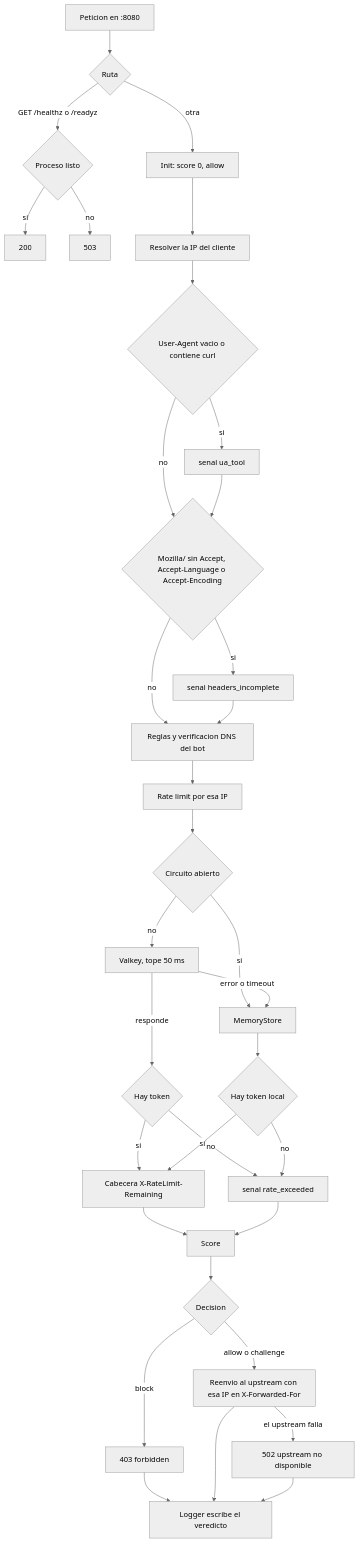
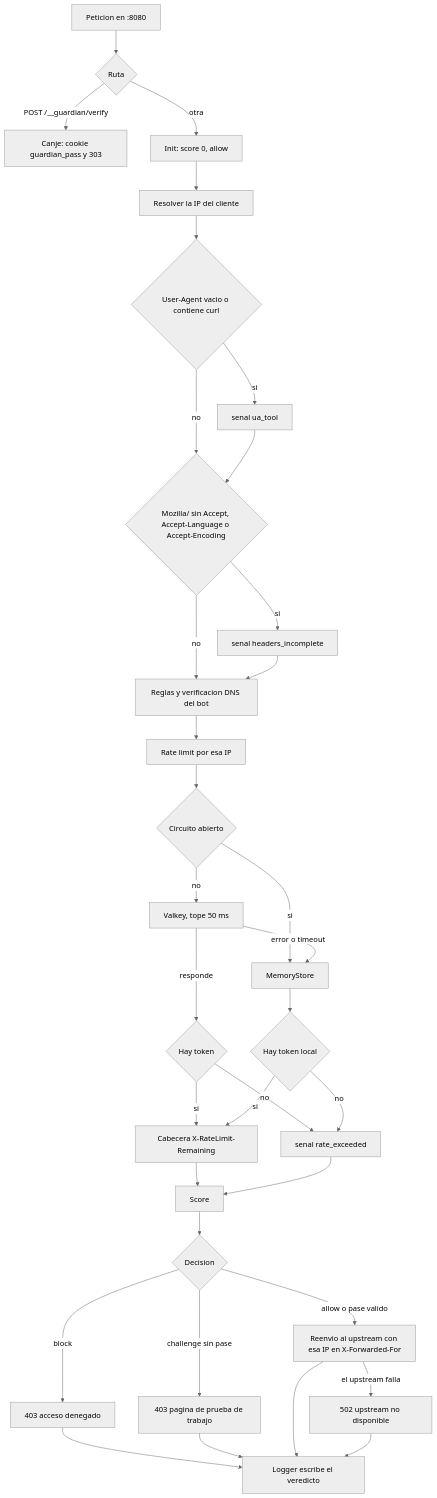
The sixth of 7 diagrams in README.md (fharias/guardian-scrapy), drawn with Mermaid (neutral theme) before and after one commit. The commit also changed other lines of this file and 1 other file, not shown here.

First line of the commit message:
Update README and main.go to enhance proxy functionality and challenge-response mechanism

````diff
--- a/README.md
+++ b/README.md
@@ -157,39 +166,38 @@
 ```mermaid
 flowchart TD
   inicio[Peticion en :8080] --> ruta{Ruta}
-  ruta -->|GET /healthz o /readyz| listo{Proceso listo}
-  listo -->|si| r200[200]
-  listo -->|no| r503[503]
-
+  ruta -->|POST /__guardian/verify| canje["Canje: cookie guardian_pass y 303"]
   ruta -->|otra| init["Init: score 0, allow"]
   init --> ipres[Resolver la IP del cliente]
   ipres --> ua{User-Agent vacio o contiene curl}
   ua -->|si| tool[senal ua_tool]
   ua -->|no| fp
   tool --> fp{Mozilla/ sin Accept, Accept-Language o Accept-Encoding}
   fp -->|si| incompletas[senal headers_incomplete]
   fp -->|no| rules
   incompletas --> rules[Reglas y verificacion DNS del bot]
   rules --> limite[Rate limit por esa IP]
 
   limite --> circuito{Circuito abierto}
   circuito -->|si| local[MemoryStore]
   circuito -->|no| valkey["Valkey, tope 50 ms"]
   valkey -->|responde| cupo{Hay token}
   valkey -->|error o timeout| local
   cupo -->|si| restante[Cabecera X-RateLimit-Remaining]
   cupo -->|no| p100[senal rate_exceeded]
   local --> cupoLocal{Hay token local}
   cupoLocal -->|si| restante
   cupoLocal -->|no| p100
 
   restante --> score[Score]
   p100 --> score
   score --> decision{Decision}
-  decision -->|block| r403["403 forbidden"]
-  decision -->|allow o challenge| origen["Reenvio al upstream con esa IP en X-Forwarded-For"]
+  decision -->|block| r403["403 acceso denegado"]
+  decision -->|challenge sin pase| pagina["403 pagina de prueba de trabajo"]
+  decision -->|allow o pase valido| origen["Reenvio al upstream con esa IP en X-Forwarded-For"]
   origen -->|el upstream falla| r502["502 upstream no disponible"]
   r403 --> registro[Logger escribe el veredicto]
+  pagina --> registro
   origen --> registro
   r502 --> registro
 ```
````
